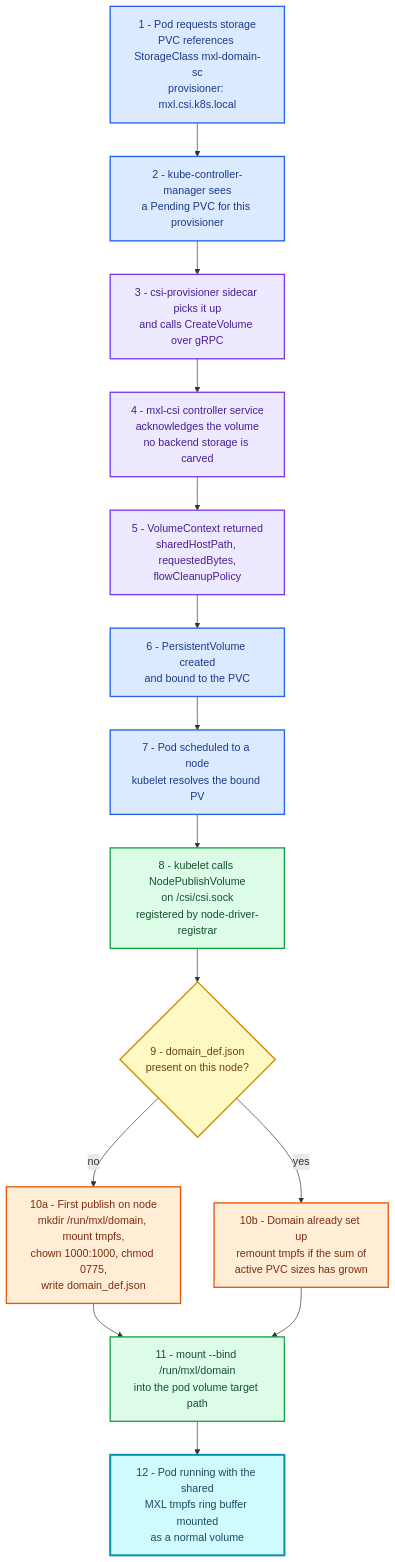
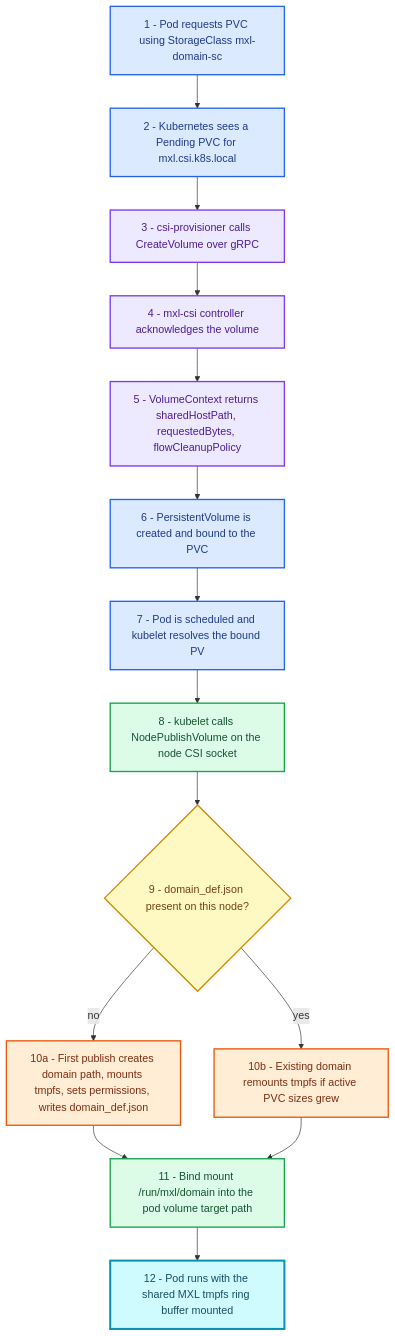
One commit to cbcrc/mxl-csi changed the first of 2 diagrams in README.md. Above: the diagram before and after it, drawn with Mermaid. The commit also changed other lines of this file, not shown here.

````diff
--- a/README.md
+++ b/README.md
@@ -33,37 +33,37 @@
 ```mermaid
 flowchart TD
-    A["1 - Pod requests storage<br/>PVC references StorageClass mxl-domain-sc<br/>provisioner: mxl.csi.k8s.local"]
-    B["2 - kube-controller-manager sees<br/>a Pending PVC for this provisioner"]
-    C["3 - csi-provisioner sidecar picks it up<br/>and calls CreateVolume over gRPC"]
-    D["4 - mxl-csi controller service<br/>acknowledges the volume<br/>no backend storage is carved"]
-    E["5 - VolumeContext returned<br/>sharedHostPath, requestedBytes,<br/>flowCleanupPolicy"]
-    F["6 - PersistentVolume created<br/>and bound to the PVC"]
-    G["7 - Pod scheduled to a node<br/>kubelet resolves the bound PV"]
-    H["8 - kubelet calls NodePublishVolume<br/>on /csi/csi.sock<br/>registered by node-driver-registrar"]
-    I{"9 - domain_def.json<br/>present on this node?"}
-    J["10a - First publish on node<br/>mkdir /run/mxl/domain, mount tmpfs,<br/>chown 1000:1000, chmod 0775,<br/>write domain_def.json"]
-    K["10b - Domain already set up<br/>remount tmpfs if the sum of<br/>active PVC sizes has grown"]
-    L["11 - mount --bind /run/mxl/domain<br/>into the pod volume target path"]
-    M["12 - Pod running with the shared<br/>MXL tmpfs ring buffer mounted<br/>as a normal volume"]
+    A["1 - Pod requests PVC using StorageClass mxl-domain-sc"]
+    B["2 - Kubernetes sees a Pending PVC for mxl.csi.k8s.local"]
+    C["3 - csi-provisioner calls CreateVolume over gRPC"]
+    D["4 - mxl-csi controller acknowledges the volume"]
+    E["5 - VolumeContext returns sharedHostPath, requestedBytes, flowCleanupPolicy"]
+    F["6 - PersistentVolume is created and bound to the PVC"]
+    G["7 - Pod is scheduled and kubelet resolves the bound PV"]
+    H["8 - kubelet calls NodePublishVolume on the node CSI socket"]
+    I{"9 - domain_def.json present on this node?"}
+    J["10a - First publish creates domain path, mounts tmpfs, sets permissions, writes domain_def.json"]
+    K["10b - Existing domain remounts tmpfs if active PVC sizes grew"]
+    L["11 - Bind mount /run/mxl/domain into the pod volume target path"]
+    M["12 - Pod runs with the shared MXL tmpfs ring buffer mounted"]
 
     A --> B --> C --> D --> E --> F --> G --> H --> I
     I -- no --> J
     I -- yes --> K
     J --> L
     K --> L
     L --> M
 
     classDef k8s fill:#dbeafe,stroke:#2563eb,stroke-width:2px,color:#1e3a8a
     classDef controller fill:#ede9fe,stroke:#7c3aed,stroke-width:2px,color:#4c1d95
     classDef nodesvc fill:#dcfce7,stroke:#16a34a,stroke-width:2px,color:#14532d
     classDef host fill:#ffedd5,stroke:#ea580c,stroke-width:2px,color:#7c2d12
     classDef decision fill:#fef9c3,stroke:#ca8a04,stroke-width:2px,color:#713f12
     classDef done fill:#cffafe,stroke:#0891b2,stroke-width:3px,color:#164e63
 
     class A,B,F,G k8s
     class C,D,E controller
     class H,L nodesvc
     class J,K host
     class I decision
     class M done
 ```
````
